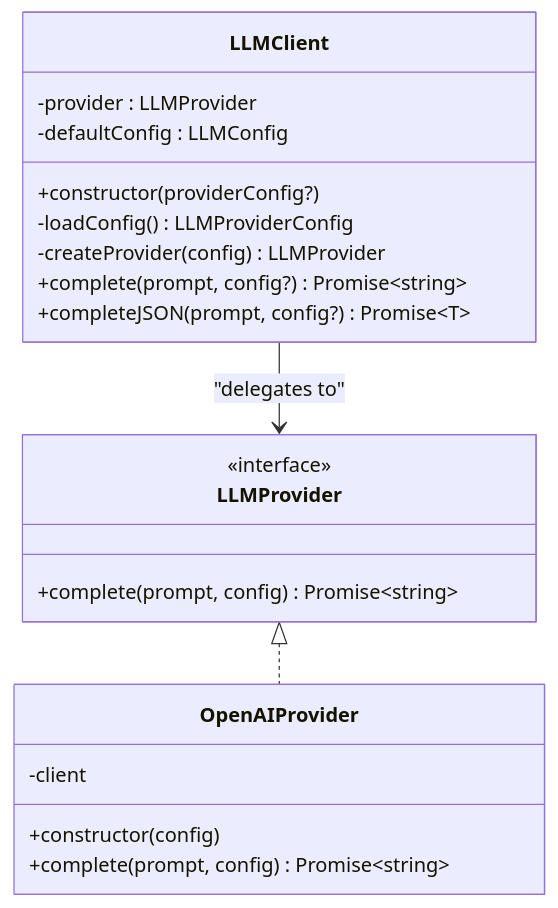
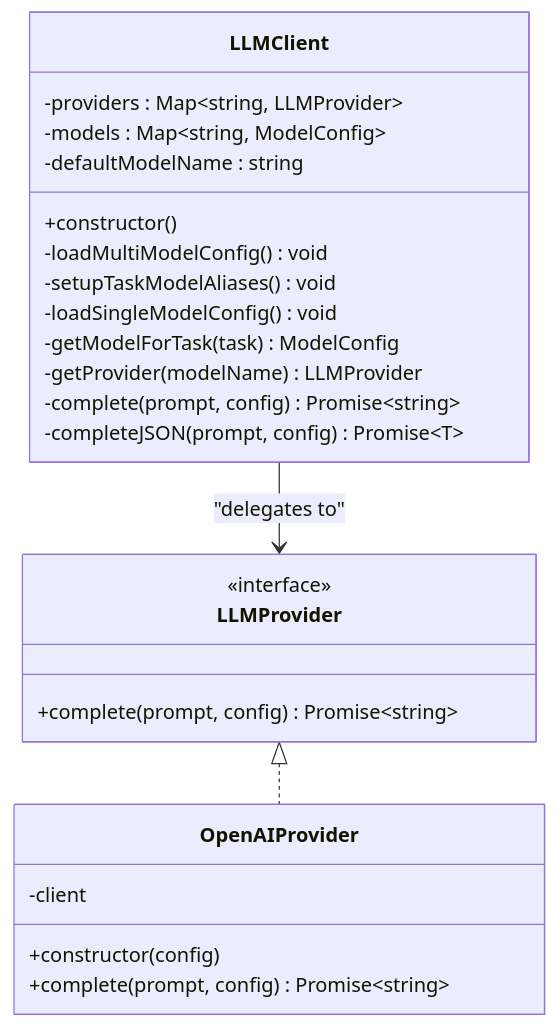
One commit to liwonder/NARRITIVE_OS changed the third of 7 diagrams in .qoder/repowiki/en/content/Engine Architecture/LLM Integration Layer.md. Above: the diagram before and after it, drawn with Mermaid. The commit also changed other lines of this file and 5 other files, not shown here.

````diff
--- a/.qoder/repowiki/en/content/Engine Architecture/LLM Integration Layer.md
+++ b/.qoder/repowiki/en/content/Engine Architecture/LLM Integration Layer.md
@@ -150,23 +173,27 @@
 ```mermaid
 classDiagram
 class LLMProvider {
 <<interface>>
 +complete(prompt, config) Promise~string~
 }
 class OpenAIProvider {
 -client
 +constructor(config)
 +complete(prompt, config) Promise~string~
 }
 class LLMClient {
--provider : LLMProvider
--defaultConfig : LLMConfig
-+constructor(providerConfig?)
--loadConfig() LLMProviderConfig
--createProvider(config) LLMProvider
-+complete(prompt, config?) Promise~string~
-+completeJSON(prompt, config?) Promise~T~
+-providers : Map~string, LLMProvider~
+-models : Map~string, ModelConfig~
+-defaultModelName : string
++constructor()
+-loadMultiModelConfig() void
+-setupTaskModelAliases() void
+-loadSingleModelConfig() void
+-getModelForTask(task) ModelConfig
+-getProvider(modelName) LLMProvider
+-complete(prompt, config) Promise~string~
+-completeJSON(prompt, config) Promise~T~
 }
 LLMProvider <|.. OpenAIProvider
 LLMClient --> LLMProvider : "delegates to"
 ```
````
